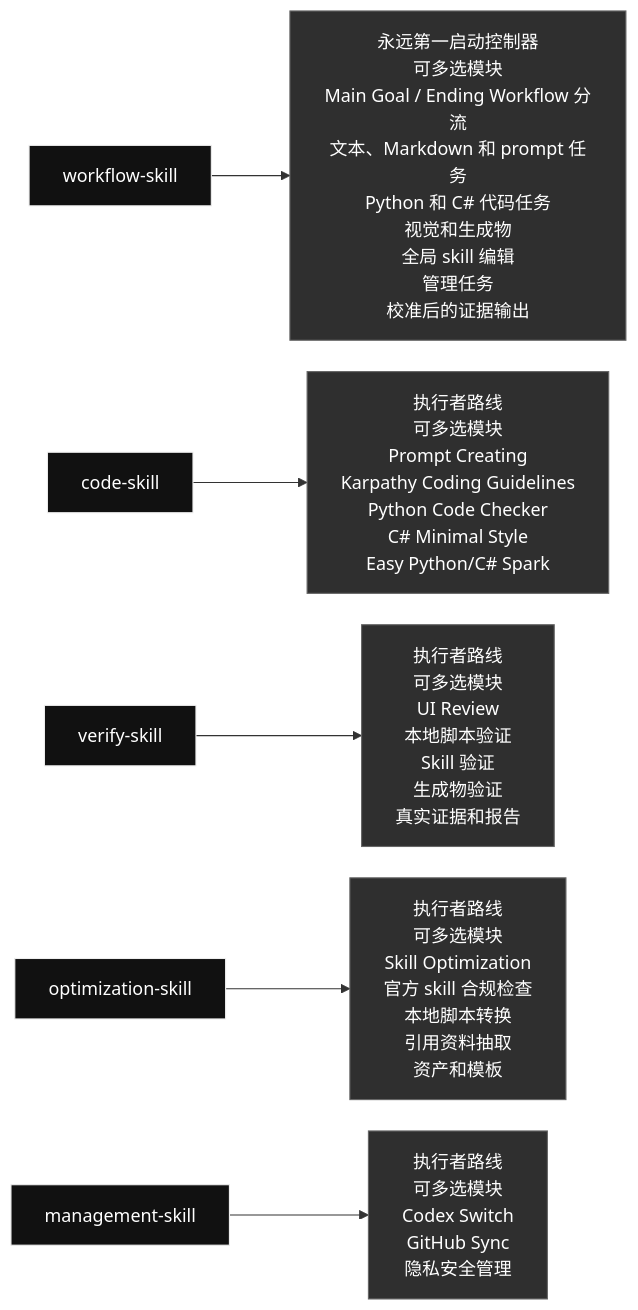
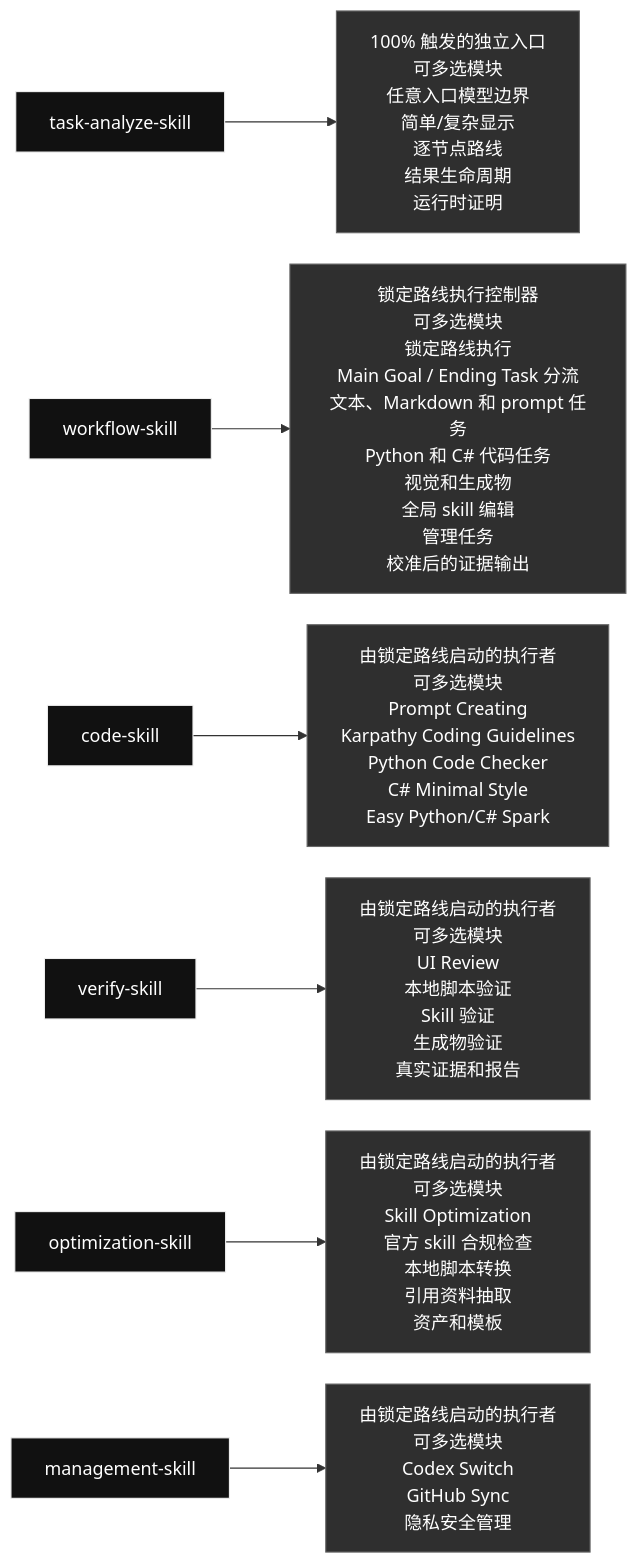
One commit to qinbatista/qin-codex-skills changed the first of 2 diagrams in README.zh.md. Above: the diagram before and after it, drawn with Mermaid. The commit also changed other lines of this file and 50 other files, not shown here.

Commit message:
Add adaptive Task Analyze model experience routing

````diff
--- a/README.zh.md
+++ b/README.zh.md
@@ -7,13 +7,14 @@
 ```mermaid
 %%{init: {"flowchart": {"nodeSpacing": 28, "rankSpacing": 54, "wrappingWidth": 240}}}%%
 flowchart LR
-  skill_workflow_skill["workflow-skill"] --> inside_workflow_skill["永远第一启动控制器<br/>可多选模块<br/>Main Goal / Ending Workflow 分流<br/>文本、Markdown 和 prompt 任务<br/>Python 和 C# 代码任务<br/>视觉和生成物<br/>全局 skill 编辑<br/>管理任务<br/>校准后的证据输出"]
-  skill_code_skill["code-skill"] --> inside_code_skill["执行者路线<br/>可多选模块<br/>Prompt Creating<br/>Karpathy Coding Guidelines<br/>Python Code Checker<br/>C# Minimal Style<br/>Easy Python/C# Spark"]
-  skill_verify_skill["verify-skill"] --> inside_verify_skill["执行者路线<br/>可多选模块<br/>UI Review<br/>本地脚本验证<br/>Skill 验证<br/>生成物验证<br/>真实证据和报告"]
-  skill_optimization_skill["optimization-skill"] --> inside_optimization_skill["执行者路线<br/>可多选模块<br/>Skill Optimization<br/>官方 skill 合规检查<br/>本地脚本转换<br/>引用资料抽取<br/>资产和模板"]
-  skill_management_skill["management-skill"] --> inside_management_skill["执行者路线<br/>可多选模块<br/>Codex Switch<br/>GitHub Sync<br/>隐私安全管理"]
+  skill_task_analyze_skill["task-analyze-skill"] --> inside_task_analyze_skill["100% 触发的独立入口<br/>可多选模块<br/>任意入口模型边界<br/>简单/复杂显示<br/>逐节点路线<br/>结果生命周期<br/>运行时证明"]
+  skill_workflow_skill["workflow-skill"] --> inside_workflow_skill["锁定路线执行控制器<br/>可多选模块<br/>锁定路线执行<br/>Main Goal / Ending Task 分流<br/>文本、Markdown 和 prompt 任务<br/>Python 和 C# 代码任务<br/>视觉和生成物<br/>全局 skill 编辑<br/>管理任务<br/>校准后的证据输出"]
+  skill_code_skill["code-skill"] --> inside_code_skill["由锁定路线启动的执行者<br/>可多选模块<br/>Prompt Creating<br/>Karpathy Coding Guidelines<br/>Python Code Checker<br/>C# Minimal Style<br/>Easy Python/C# Spark"]
+  skill_verify_skill["verify-skill"] --> inside_verify_skill["由锁定路线启动的执行者<br/>可多选模块<br/>UI Review<br/>本地脚本验证<br/>Skill 验证<br/>生成物验证<br/>真实证据和报告"]
+  skill_optimization_skill["optimization-skill"] --> inside_optimization_skill["由锁定路线启动的执行者<br/>可多选模块<br/>Skill Optimization<br/>官方 skill 合规检查<br/>本地脚本转换<br/>引用资料抽取<br/>资产和模板"]
+  skill_management_skill["management-skill"] --> inside_management_skill["由锁定路线启动的执行者<br/>可多选模块<br/>Codex Switch<br/>GitHub Sync<br/>隐私安全管理"]
   classDef skill fill:#111,color:#fff,stroke:#eee;
   classDef content fill:#2f2f2f,color:#fff,stroke:#666;
-  class skill_workflow_skill,skill_code_skill,skill_verify_skill,skill_optimization_skill,skill_management_skill skill;
-  class inside_workflow_skill,inside_code_skill,inside_verify_skill,inside_optimization_skill,inside_management_skill content;
+  class skill_task_analyze_skill,skill_workflow_skill,skill_code_skill,skill_verify_skill,skill_optimization_skill,skill_management_skill skill;
+  class inside_task_analyze_skill,inside_workflow_skill,inside_code_skill,inside_verify_skill,inside_optimization_skill,inside_management_skill content;
 ```
````
